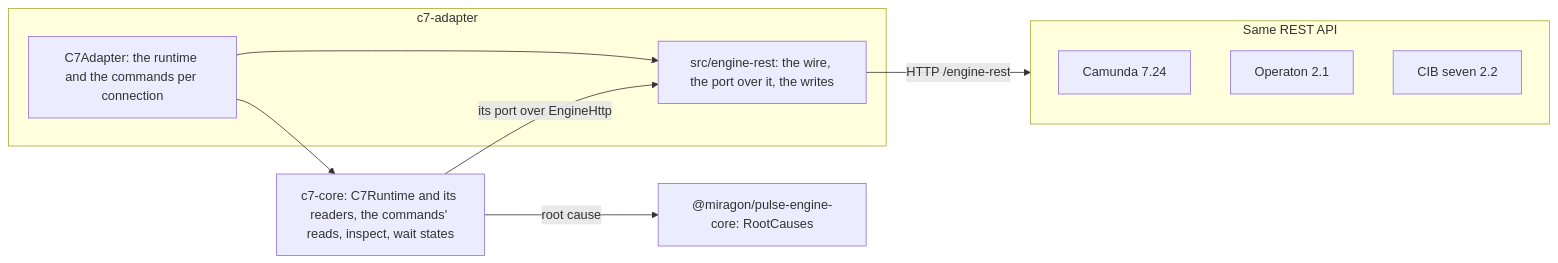
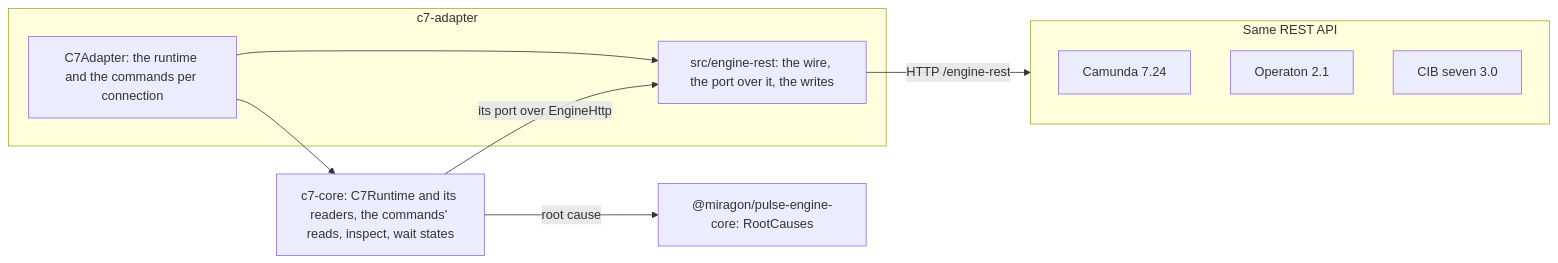
One commit to Miragon/pulse changed the fourth of 7 diagrams in apps/vscode/docs/architecture-overview.md. Above: the diagram before and after it, drawn with Mermaid. The commit also changed other lines of this file and 19 other files, not shown here.

First line of the commit message:
chore: CIB seven 3.0.0 in the engine suites, the sandbox and the playground engine (#698)

````diff
--- a/apps/vscode/docs/architecture-overview.md
+++ b/apps/vscode/docs/architecture-overview.md
@@ -194,19 +194,19 @@
 ```mermaid
 flowchart LR
   subgraph adapter [c7-adapter]
     plug[C7Adapter: the runtime and the commands per connection]
     rest[src/engine-rest: the wire, the port over it, the writes]
   end
   core["c7-core: C7Runtime and its readers, the commands' reads, inspect, wait states"]
   rules["@miragon/pulse-engine-core: RootCauses"]
   subgraph family [Same REST API]
     camunda7[Camunda 7.24]
     operaton[Operaton 2.1]
-    cibseven[CIB seven 2.2]
+    cibseven[CIB seven 3.0]
   end
   plug --> core
   plug --> rest
   core -- root cause --> rules
   core -- its port over EngineHttp --> rest
   rest -- HTTP /engine-rest --> family
 ```
````
